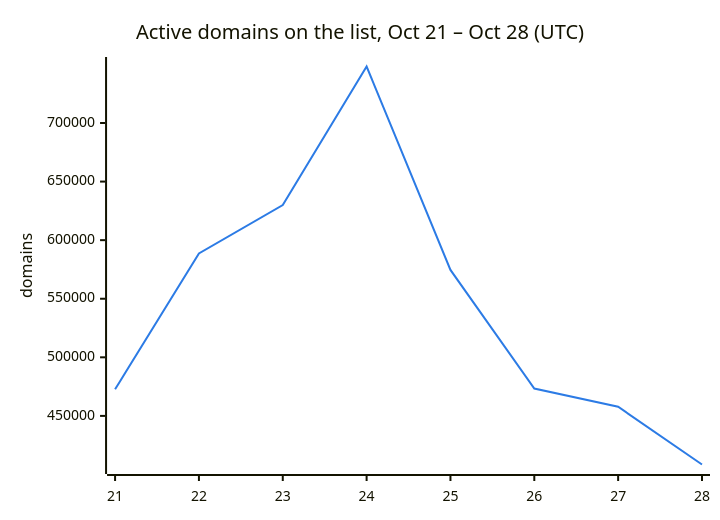
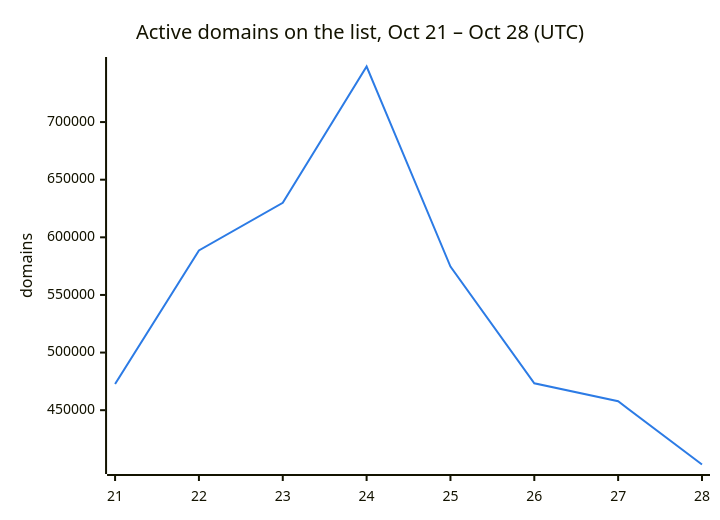
One commit to DNSBunker/CTI changed the second of 3 diagrams in README.md. Above: the diagram before and after it, drawn with Mermaid. The commit also changed other lines of this file and 3 other files, not shown here.

````diff
--- a/README.md
+++ b/README.md
@@ -38,8 +38,8 @@
 ```mermaid
 %%{init: {"themeVariables": {"xyChart": {"plotColorPalette": "#2c7be5"}}}}%%
 xychart-beta
     title "Active domains on the list, Oct 21 – Oct 28 (UTC)"
     x-axis ["21", "22", "23", "24", "25", "26", "27", "28"]
     y-axis "domains"
-    line [472713, 588659, 629951, 748222, 574614, 473331, 457795, 408518]
+    line [472713, 588659, 629951, 748222, 574614, 473331, 457795, 402874]
 ```
````
